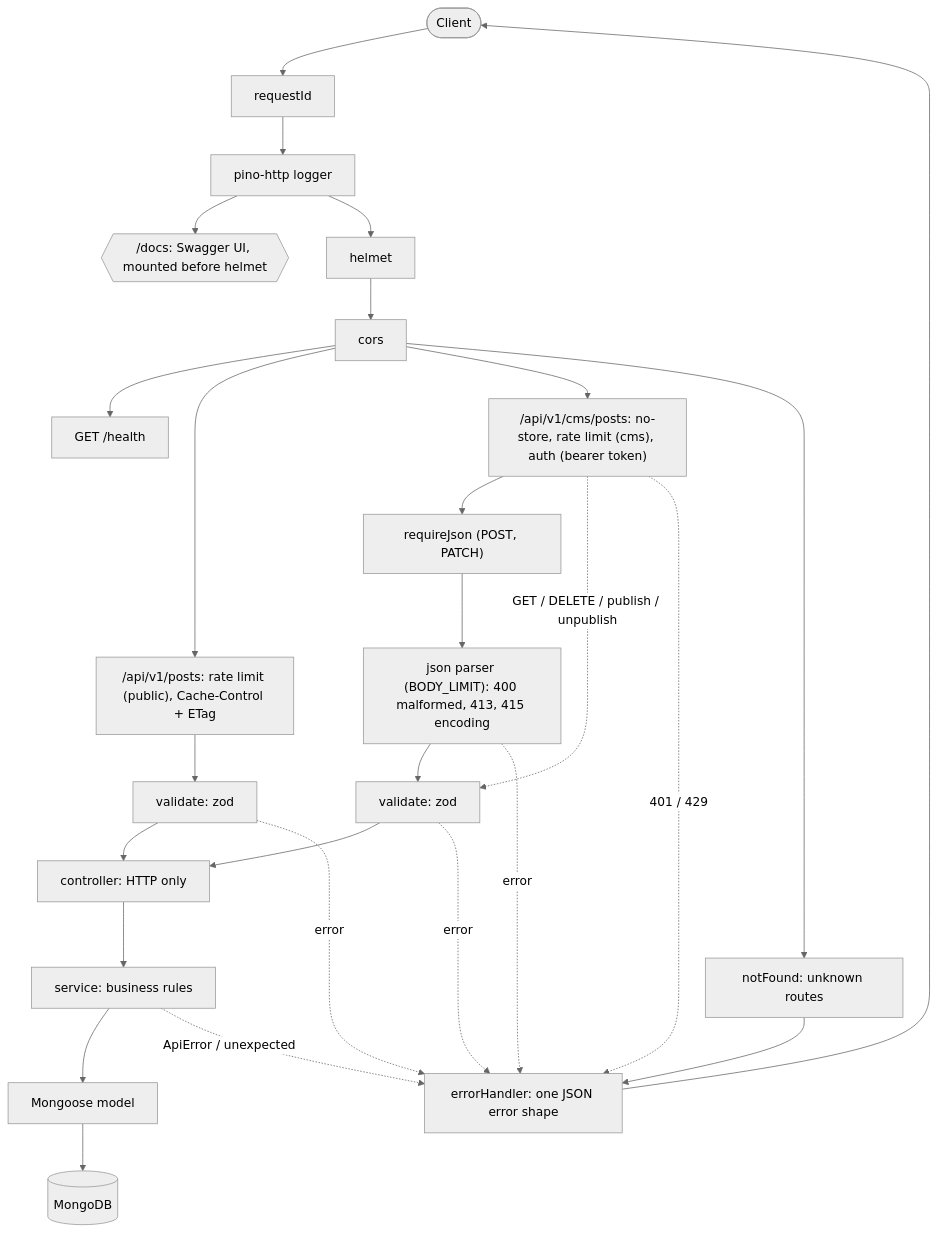
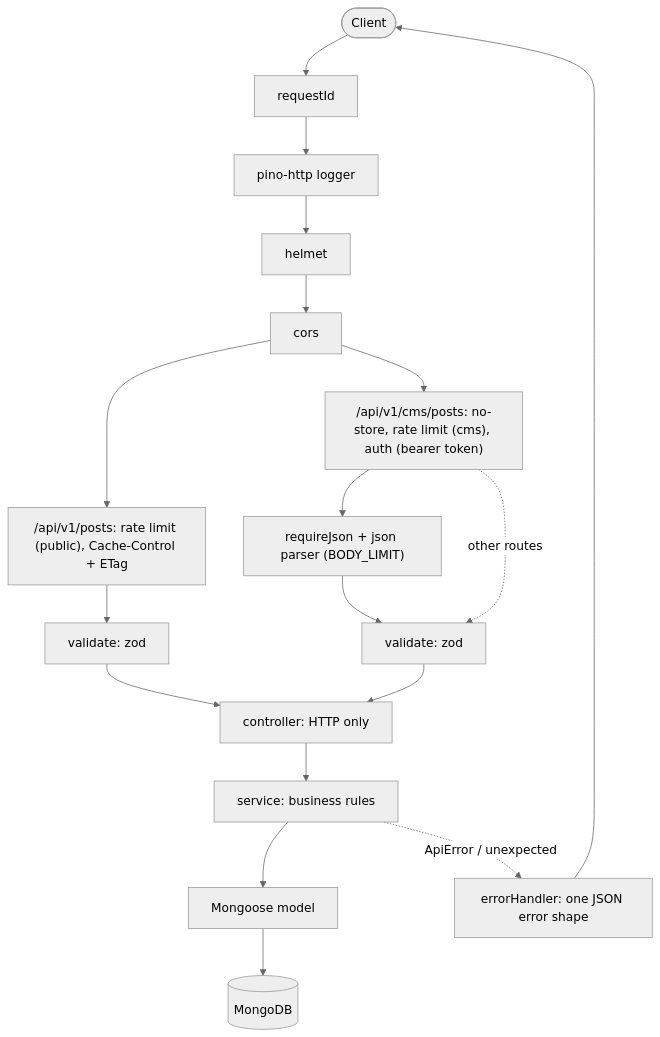
The diagram in README.md (Filippo0311603/blog-cms-api), drawn with Mermaid (neutral theme) before and after one commit. The commit also changed other lines of this file and 8 other files, not shown here.

First line of the commit message:
refactor: tighten README, request-scoped error logging, clearer PATCH validation

````diff
--- a/README.md
+++ b/README.md
@@ -111,29 +86,20 @@
 ```mermaid
 flowchart TD
     C([Client]) --> RID[requestId]
     RID --> LOG[pino-http logger]
-    LOG --> DOCS{{"/docs: Swagger UI, mounted before helmet"}}
     LOG --> HEL[helmet]
     HEL --> CORS[cors]
-    CORS --> HEALTH["GET /health"]
     CORS --> PUB["/api/v1/posts: rate limit (public), Cache-Control + ETag"]
     CORS --> CMS["/api/v1/cms/posts: no-store, rate limit (cms), auth (bearer token)"]
-    CORS --> NF[notFound: unknown routes]
     PUB --> VAL1[validate: zod]
-    CMS --> RJ["requireJson (POST, PATCH)"]
-    RJ --> JB["json parser (BODY_LIMIT): 400 malformed, 413, 415 encoding"]
+    CMS --> JB["requireJson + json parser (BODY_LIMIT)"]
     JB --> VAL2[validate: zod]
-    CMS -. "GET / DELETE / publish / unpublish" .-> VAL2
+    CMS -. "other routes" .-> VAL2
     VAL1 --> CTRL[controller: HTTP only]
     VAL2 --> CTRL
     CTRL --> SVC[service: business rules]
     SVC --> MODEL[Mongoose model]
     MODEL --> DB[(MongoDB)]
-    NF --> EH
-    VAL1 -. error .-> EH
-    VAL2 -. error .-> EH
-    JB -. error .-> EH
-    CMS -. "401 / 429" .-> EH
     SVC -. "ApiError / unexpected" .-> EH[errorHandler: one JSON error shape]
     EH --> C
 ```
````
